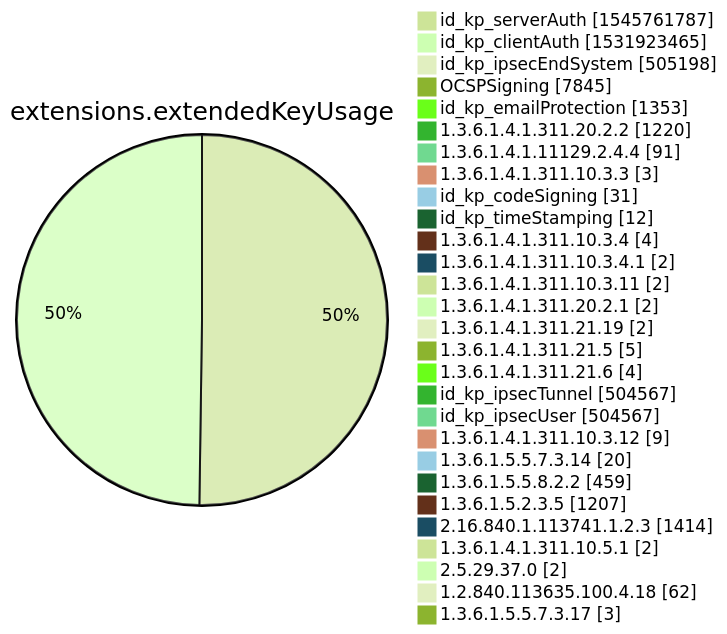
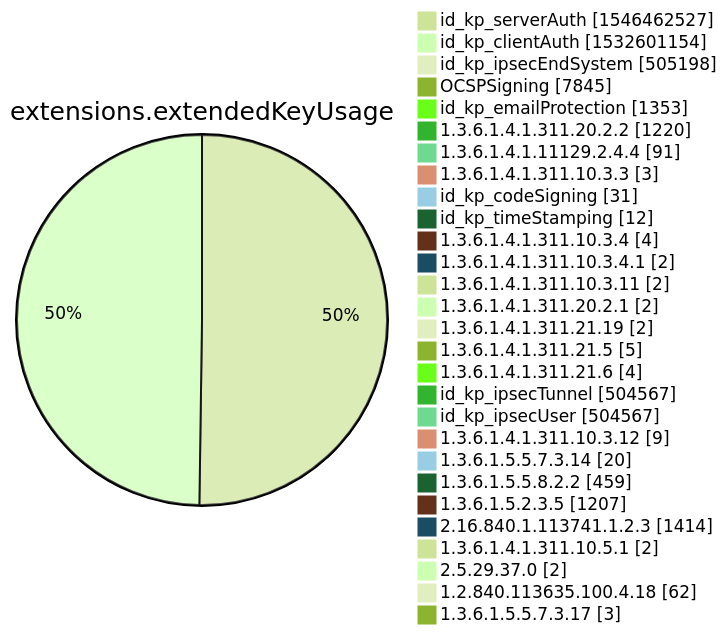
Diagram 12 of 15 in xenon2022/README.md (christiankrug/ctmonitor_visualization), drawn with Mermaid (forest theme) before and after one commit. The commit also changed other lines of this file, not shown here.

````diff
--- a/xenon2022/README.md
+++ b/xenon2022/README.md
@@ -3880,32 +3880,32 @@
 ```mermaid
 pie showData
 title extensions.extendedKeyUsage
-"id_kp_serverAuth" :1545761787
-"id_kp_clientAuth" :1531923465
+"id_kp_serverAuth" :1546462527
+"id_kp_clientAuth" :1532601154
 "id_kp_ipsecEndSystem" :505198
 "OCSPSigning" :7845
 "id_kp_emailProtection" :1353
 "1.3.6.1.4.1.311.20.2.2" :1220
 "1.3.6.1.4.1.11129.2.4.4" :91
 "1.3.6.1.4.1.311.10.3.3" :3
 "id_kp_codeSigning" :31
 "id_kp_timeStamping" :12
 "1.3.6.1.4.1.311.10.3.4" :4
 "1.3.6.1.4.1.311.10.3.4.1" :2
 "1.3.6.1.4.1.311.10.3.11" :2
 "1.3.6.1.4.1.311.20.2.1" :2
 "1.3.6.1.4.1.311.21.19" :2
 "1.3.6.1.4.1.311.21.5" :5
 "1.3.6.1.4.1.311.21.6" :4
 "id_kp_ipsecTunnel" :504567
 "id_kp_ipsecUser" :504567
 "1.3.6.1.4.1.311.10.3.12" :9
 "1.3.6.1.5.5.7.3.14" :20
 "1.3.6.1.5.5.8.2.2" :459
 "1.3.6.1.5.2.3.5" :1207
 "2.16.840.1.113741.1.2.3" :1414
 "1.3.6.1.4.1.311.10.5.1" :2
 "2.5.29.37.0" :2
 "1.2.840.113635.100.4.18" :62
 "1.3.6.1.5.5.7.3.17" :3
 ```
````
